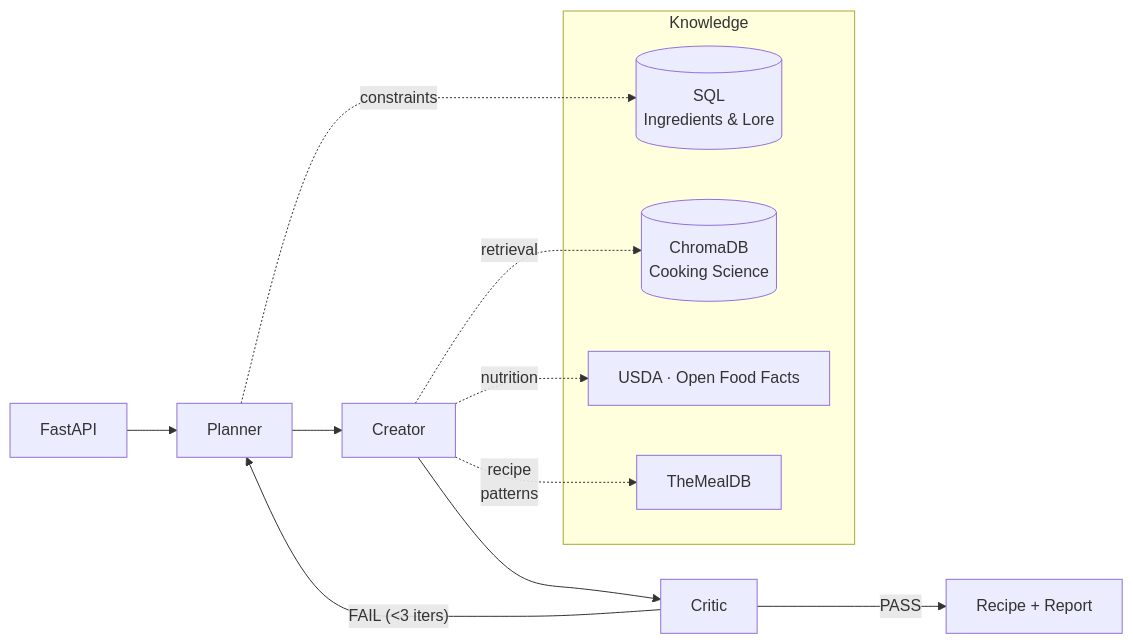
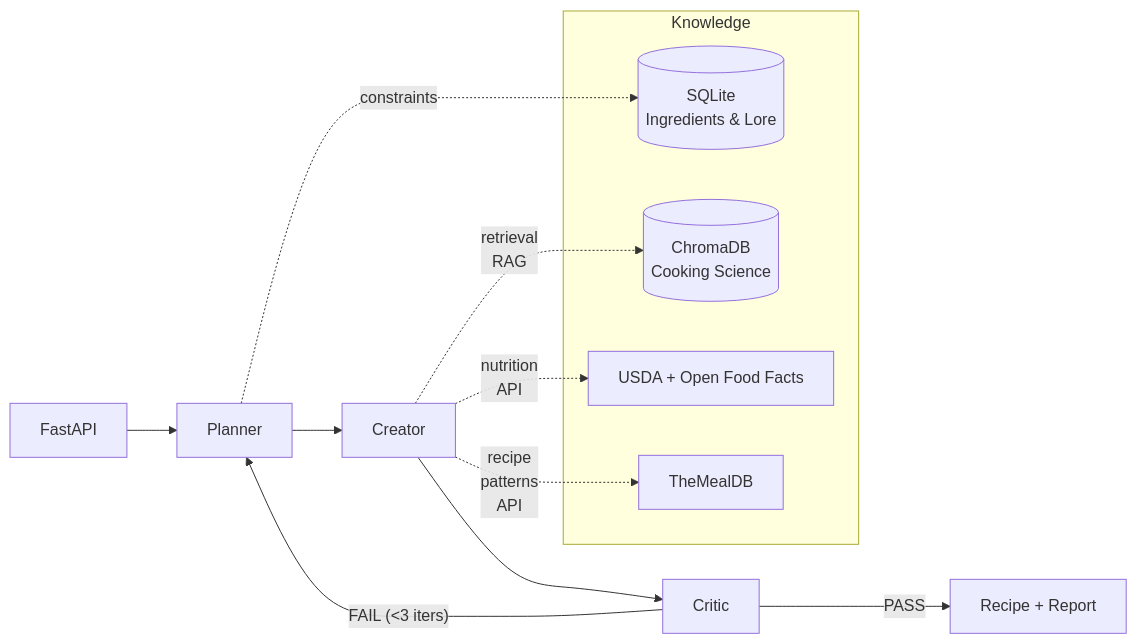
The diagram in README.md (jcanosan/Guzzlers-n-Dragons), drawn with Mermaid before and after one commit. The commit also changed other lines of this file and 3 other files, not shown here.

First line of the commit message:
docs: update README, TECHNICAL_DESIGN, and roadmaps for demo launch

````diff
--- a/README.md
+++ b/README.md
@@ -33,20 +33,20 @@
 ```mermaid
 flowchart LR
     A[FastAPI] --> P[Planner]
     P --> C[Creator]
     C --> R[Critic]
     R -->|"FAIL (<3 iters)"| P
     R -->|"PASS"| OUT[Recipe + Report]
 
     subgraph Knowledge
-        SQL[(SQL<br/>Ingredients & Lore)]
+        SQL[(SQLite<br/>Ingredients & Lore)]
         RAG[(ChromaDB<br/>Cooking Science)]
-        NtrAPI[USDA · Open Food Facts]
+        NtrAPI[USDA + Open Food Facts]
         RcpAPI[TheMealDB]
     end
 
     P -.->|constraints| SQL
-    C -.->|retrieval| RAG
-    C -.->|nutrition| NtrAPI
-    C -.->|recipe<br/>patterns| RcpAPI
+    C -.->|retrieval<br/>RAG| RAG
+    C -.->|nutrition<br/>API| NtrAPI
+    C -.->|recipe<br/>patterns<br/>API| RcpAPI
 ```
````
